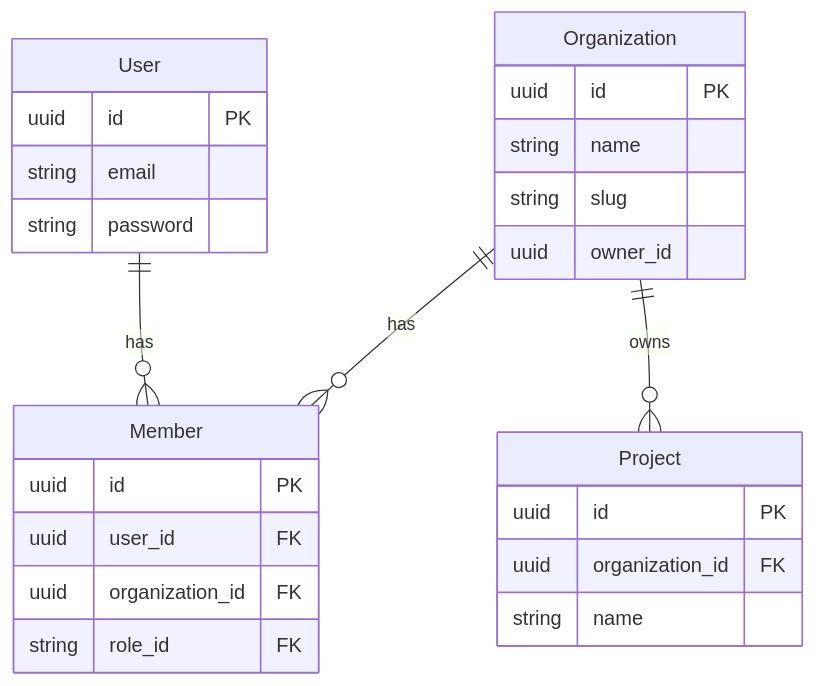
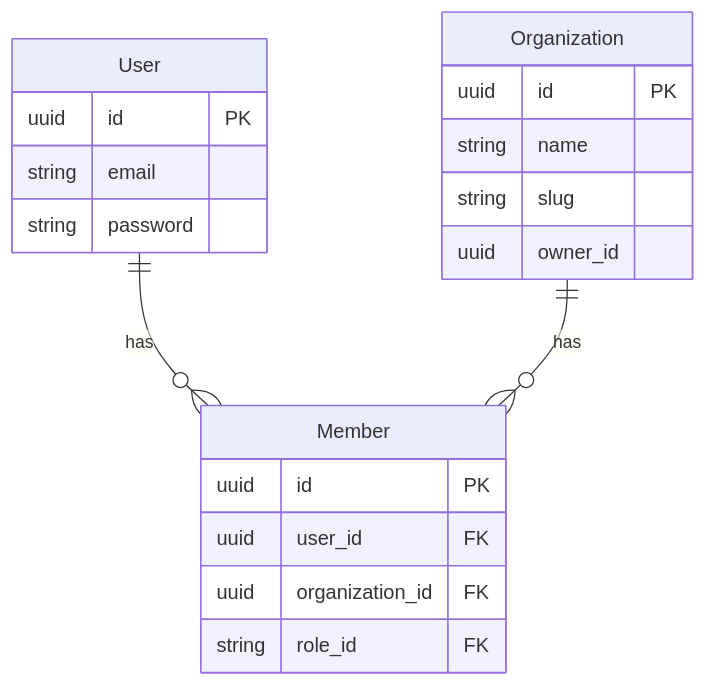
Before and after one commit to Roisfaozi/queue-base: the diagram in documentation/architecture/MULTI_TENANCY.md, drawn with Mermaid. The commit also changed 13 other files, not shown here.

````diff
--- a/documentation/architecture/MULTI_TENANCY.md
+++ b/documentation/architecture/MULTI_TENANCY.md
@@ -31,32 +31,26 @@
 ```mermaid
 erDiagram
     User ||--o{ Member : has
     Organization ||--o{ Member : has
-    Organization ||--o{ Project : owns
 
     User {
         uuid id PK
         string email
         string password
     }
 
     Organization {
         uuid id PK
         string name
         string slug
         uuid owner_id
     }
 
     Member {
         uuid id PK
         uuid user_id FK
         uuid organization_id FK
         string role_id FK
     }
 
-    Project {
-        uuid id PK
-        uuid organization_id FK
-        string name
-    }
 ```
````
